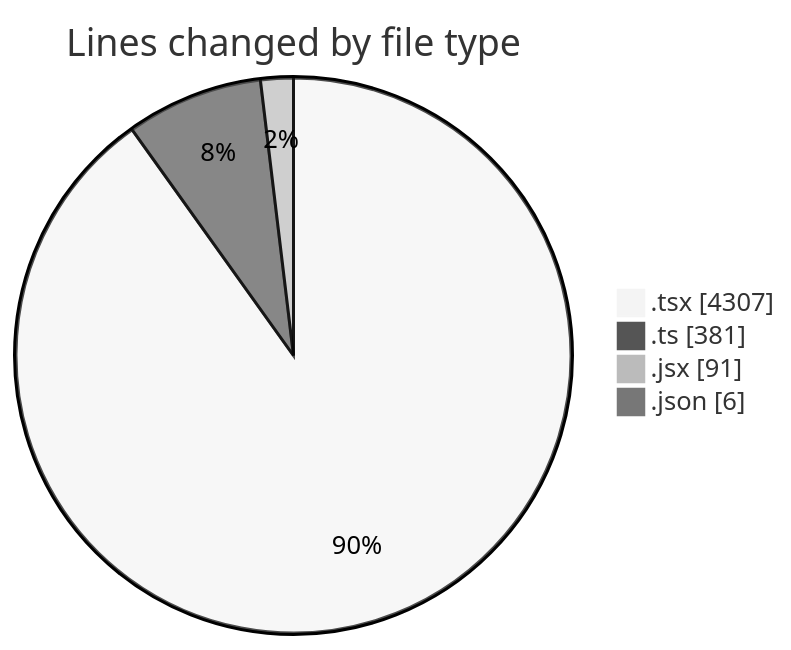
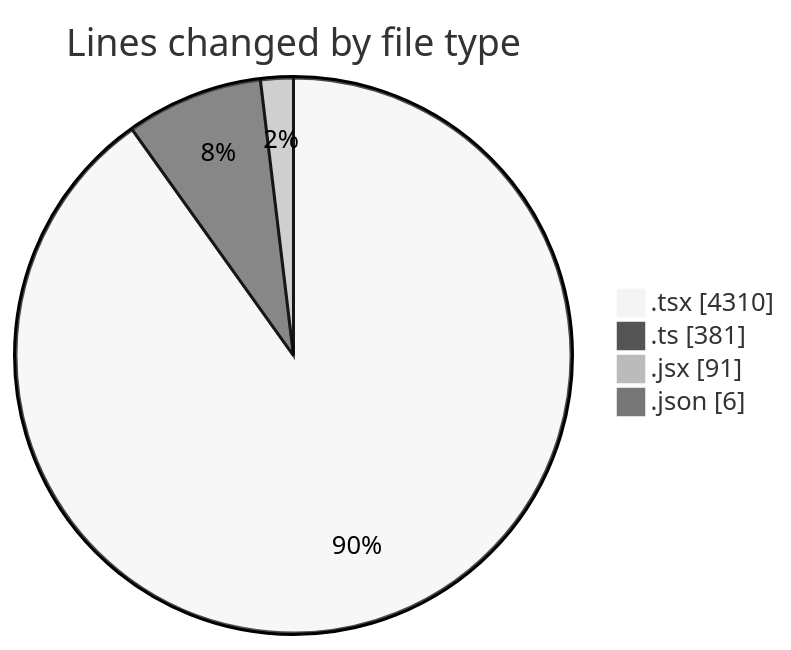
The first of 2 diagrams in 2026-04-27/cda/README.md (momahboobian/code-tracking), drawn with Mermaid (neutral theme) before and after one commit. The commit also changed other lines of this file and 1 other file, not shown here.

````diff
--- a/2026-04-27/cda/README.md
+++ b/2026-04-27/cda/README.md
@@ -39,8 +39,8 @@
 ```mermaid
 pie showData
 title Lines changed by file type
-".tsx" : 4307
+".tsx" : 4310
 ".ts" : 381
 ".jsx" : 91
 ".json" : 6
 ```
````
